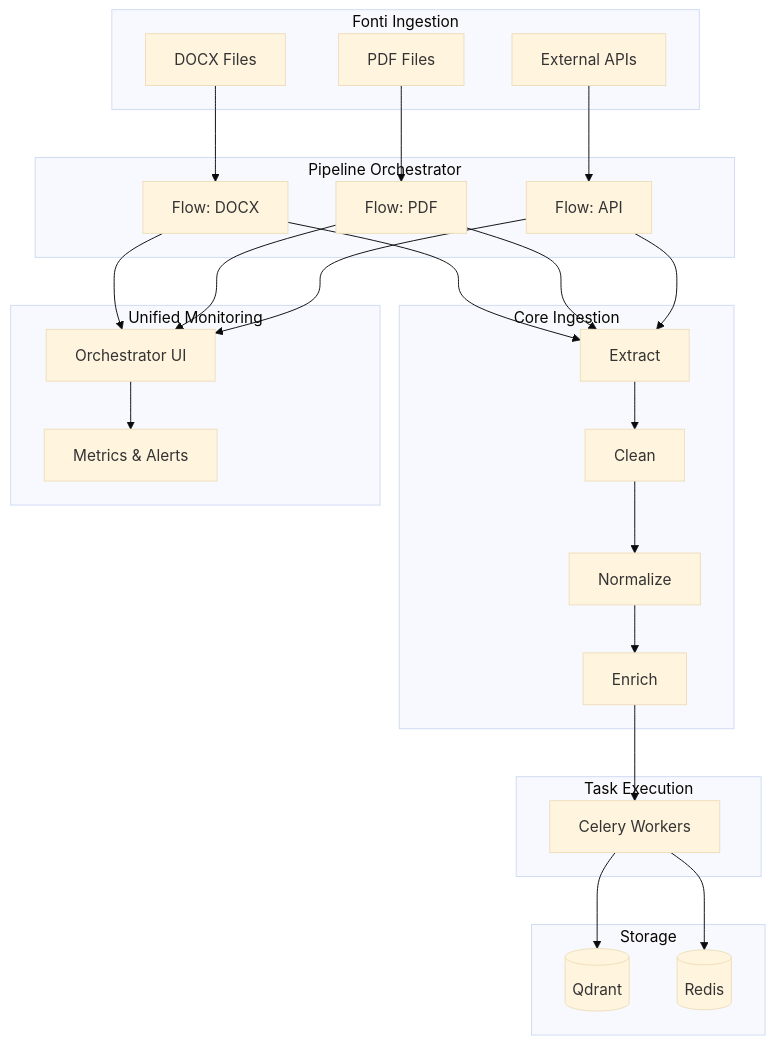
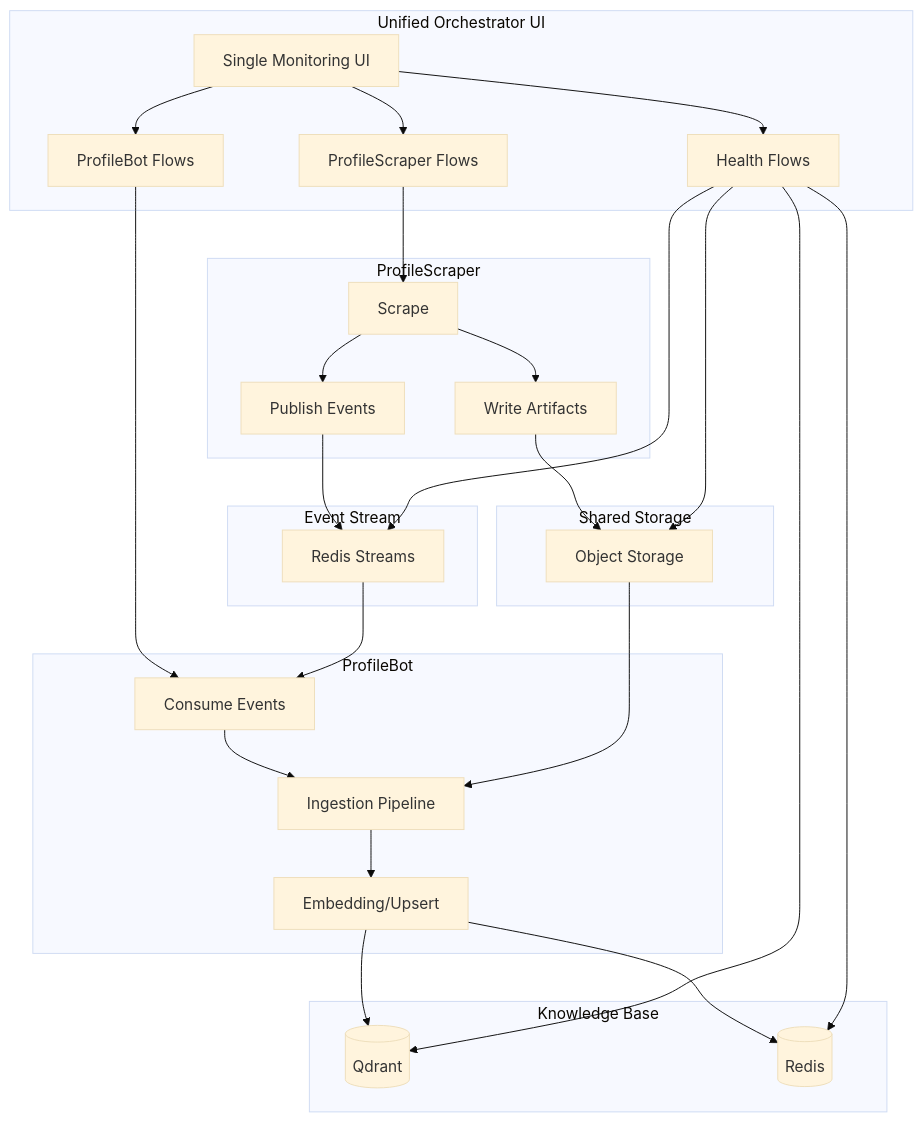
One commit to giamma80/profilebot changed the diagram in docs/technical_debpt.md. Above: the diagram before and after it, drawn with Mermaid (base theme). The commit also changed other lines of this file, not shown here.

Commit message:
docs: add unified orchestrator monitoring story

````diff
--- a/docs/technical_debpt.md
+++ b/docs/technical_debpt.md
@@ -182,53 +266,51 @@
 ```mermaid
 flowchart TB
-    subgraph Sources["Fonti Ingestion"]
-        DOCX[DOCX Files]
-        PDF[PDF Files]
-        API[External APIs]
+    subgraph Orchestrator[Unified Orchestrator UI]
+        UI[Single Monitoring UI]
+        FlowP[ProfileScraper Flows]
+        FlowB[ProfileBot Flows]
+        Health[Health Flows]
     end
 
-    subgraph Orchestrator["Pipeline Orchestrator"]
-        FlowA["Flow: DOCX"]
-        FlowB["Flow: PDF"]
-        FlowC["Flow: API"]
+    subgraph Producer[ProfileScraper]
+        Scrape[Scrape]
+        Publish[Publish Events]
+        Store[Write Artifacts]
     end
 
-    subgraph Core["Core Ingestion"]
-        Extract[Extract]
-        Clean[Clean]
-        Normalize[Normalize]
-        Enrich[Enrich]
+    subgraph Eventing[Event Stream]
+        Stream[Redis Streams]
     end
 
-    subgraph Workers["Task Execution"]
-        Celery[Celery Workers]
+    subgraph Storage[Shared Storage]
+        ObjectStore[Object Storage]
     end
 
-    subgraph Storage["Storage"]
+    subgraph Consumer[ProfileBot]
+        Consume[Consume Events]
+        Ingest[Ingestion Pipeline]
+        Embed[Embedding/Upsert]
+    end
+
+    subgraph KB[Knowledge Base]
         Qdrant[(Qdrant)]
         Redis[(Redis)]
     end
 
-    subgraph Monitoring["Unified Monitoring"]
-        UI[Orchestrator UI]
-        Metrics[Metrics & Alerts]
-    end
+    FlowP --> Scrape --> Store --> ObjectStore
+    Scrape --> Publish --> Stream
+    FlowB --> Consume --> Ingest --> Embed --> Qdrant
+    Embed --> Redis
 
-    DOCX --> FlowA
-    PDF --> FlowB
-    API --> FlowC
+    Stream --> Consume
+    ObjectStore --> Ingest
 
-    FlowA --> Extract
-    FlowB --> Extract
-    FlowC --> Extract
+    Health --> Stream
+    Health --> ObjectStore
+    Health --> Qdrant
+    Health --> Redis
 
-    Extract --> Clean --> Normalize --> Enrich
-    Enrich --> Celery
-    Celery --> Qdrant
-    Celery --> Redis
-
-    FlowA --> UI
-    FlowB --> UI
-    FlowC --> UI
-    UI --> Metrics
+    UI --> FlowP
+    UI --> FlowB
+    UI --> Health
 ```
````
